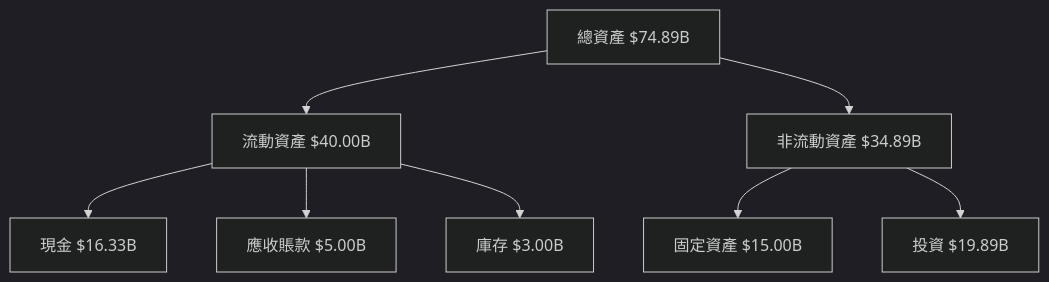
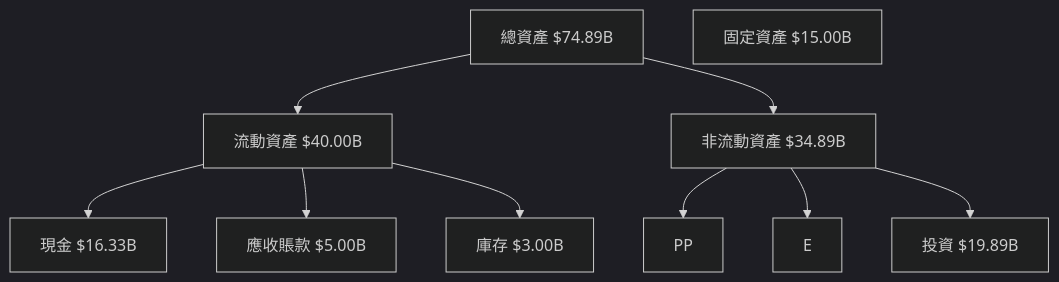
Before and after one commit to yennanliu/finance_data: the sixth of 14 diagrams in ai_gen_report/stock/nu/fundamental_analysis_2026-04-11_openai.md, drawn with Mermaid (dark theme). The commit also changed 2258 other files, not shown here.

First line of the commit message:
chore: backfill Mermaid syntax repair across existing reports

````diff
--- a/ai_gen_report/stock/nu/fundamental_analysis_2026-04-11_openai.md
+++ b/ai_gen_report/stock/nu/fundamental_analysis_2026-04-11_openai.md
@@ -258,19 +258,19 @@
 ```mermaid
 graph TD
     TOTAL_ASSETS["總資產 $74.89B"]
     CURRENT_ASSETS["流動資產 $40.00B"]
     NONCURRENT_ASSETS["非流動資產 $34.89B"]
     CASH["現金 $16.33B"]
     RECEIVABLES["應收賬款 $5.00B"]
     INVENTORY["庫存 $3.00B"]
     PP&E["固定資產 $15.00B"]
     INVESTMENTS["投資 $19.89B"]
 
     TOTAL_ASSETS --> CURRENT_ASSETS
     TOTAL_ASSETS --> NONCURRENT_ASSETS
     CURRENT_ASSETS --> CASH
     CURRENT_ASSETS --> RECEIVABLES
     CURRENT_ASSETS --> INVENTORY
-    NONCURRENT_ASSETS --> PP&E
+    NONCURRENT_ASSETS --> PP  &  E
     NONCURRENT_ASSETS --> INVESTMENTS
 ```
````
